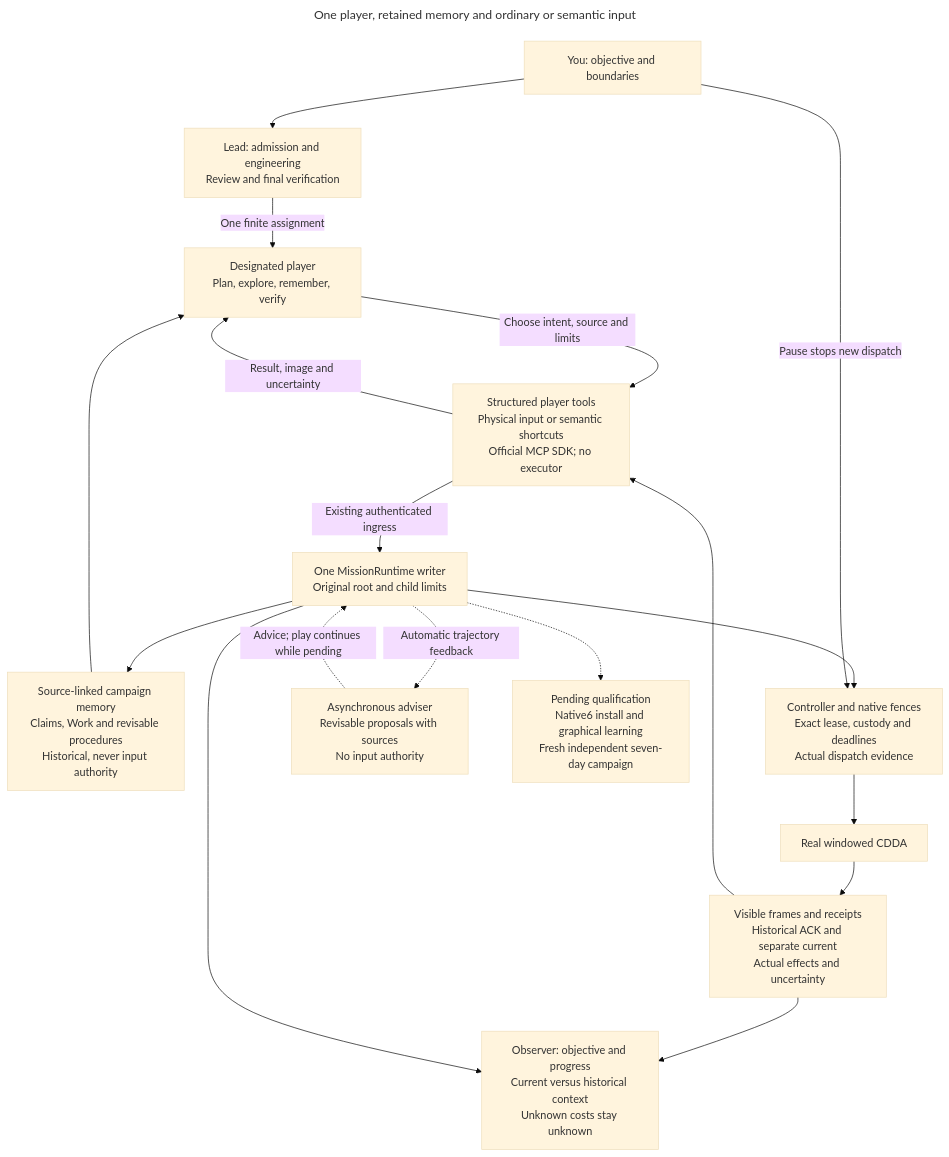
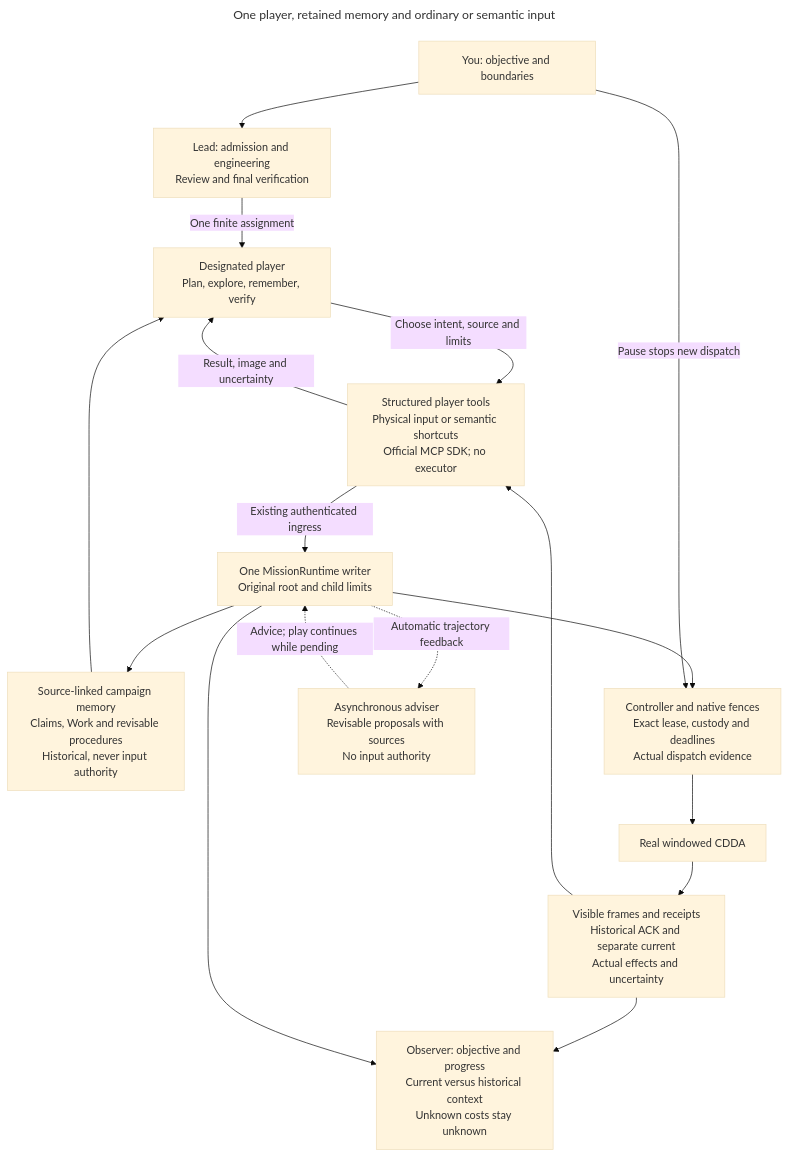
The diagram in docs/diagrams/player.mmd (CVX-Hull/enactive), drawn with Mermaid (base theme) before and after one commit. The commit also changed 13 other files, not shown here.

Commit message:
Consolidate project documentation and record graphical local recovery

```diff
--- a/docs/diagrams/player.mmd
+++ b/docs/diagrams/player.mmd
@@ -1,23 +1,22 @@
 ---
 title: One player, retained memory and ordinary or semantic input
 ---
 flowchart TD
   accTitle: Player decisions, historical memory and one mission writer
-  accDescr: The user sets objectives and can Pause independently. The lead freezes admission and source, reviews evidence and verifies acceptance without ordinary gameplay rescue or routine memory curation. One designated player plans, interprets visible evidence and chooses physical input or optional semantic skills. The adapter uses the existing ingress, not another executor. Source-linked memory and asynchronous advisory proposals support decisions but grant no authority. One MissionRuntime writer retains original limits and exact custody; direct physical input permits visual drift while semantic shortcuts retain equivalence checks. Historical ACK delivery stays separate from actual current evidence. The prior native5 learning mission supports scoped reuse, fresh-context application and advisory overlap; the native6 build passed locally, while installation, graphical learning and fresh seven-day qualification remain pending.
+  accDescr: The user sets objectives and can Pause independently. The lead freezes admission and source, reviews evidence and verifies acceptance without ordinary gameplay rescue or routine memory curation. One designated player plans, interprets visible evidence and chooses physical input or optional semantic skills. The adapter uses the existing ingress, not another executor. Source-linked memory and asynchronous advisory proposals support decisions but grant no authority. One MissionRuntime writer retains original limits and exact custody; direct physical input permits visual drift while semantic shortcuts retain equivalence checks. Historical ACK delivery stays separate from actual current evidence.
   User["You: objective and boundaries"] --> Lead["Lead: admission and engineering<br/>Review and final verification"]
   Lead -->|"One finite assignment"| Player["Designated player<br/>Plan, explore, remember, verify"]
   Memory["Source-linked campaign memory<br/>Claims, Work and revisable procedures<br/>Historical, never input authority"] --> Player
   Player -->|"Choose intent, source and limits"| Tools["Structured player tools<br/>Physical input or semantic shortcuts<br/>Official MCP SDK; no executor"]
   Tools -->|"Existing authenticated ingress"| Runtime["One MissionRuntime writer<br/>Original root and child limits"]
   Runtime --> Controller["Controller and native fences<br/>Exact lease, custody and deadlines<br/>Actual dispatch evidence"]
   Controller --> Game["Real windowed CDDA"]
   Game --> Evidence["Visible frames and receipts<br/>Historical ACK and separate current<br/>Actual effects and uncertainty"]
   Evidence --> Tools
   Tools -->|"Result, image and uncertainty"| Player
   Runtime --> Memory
   Runtime -.->|"Automatic trajectory feedback"| Adviser["Asynchronous adviser<br/>Revisable proposals with sources<br/>No input authority"]
   Adviser -.->|"Advice; play continues while pending"| Runtime
   Evidence --> Viewer["Observer: objective and progress<br/>Current versus historical context<br/>Unknown costs stay unknown"]
   Runtime --> Viewer
   User -->|"Pause stops new dispatch"| Controller
-  Runtime -.-> Gate["Pending qualification<br/>Native6 install and graphical learning<br/>Fresh independent seven-day campaign"]
```
